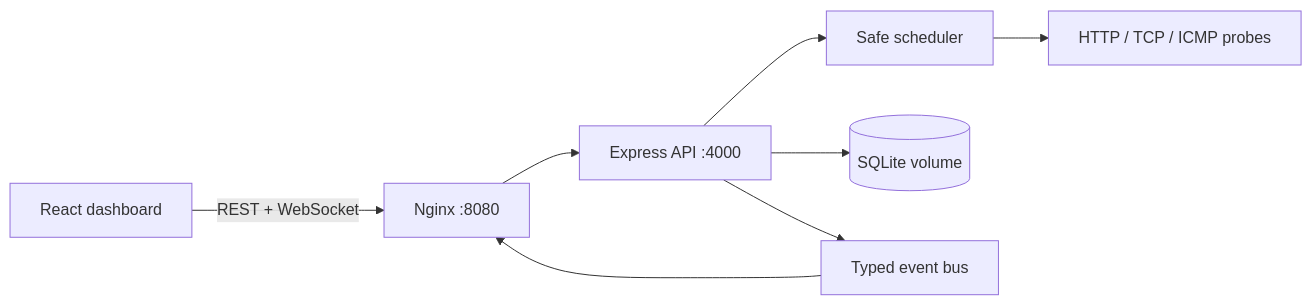
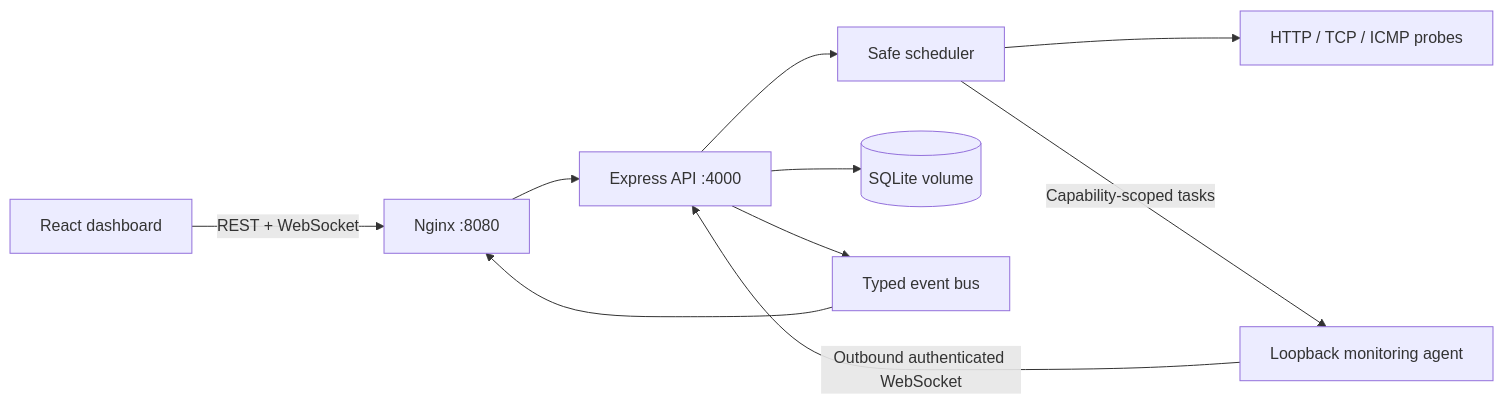
Before and after one commit to nonoleekr/NetPulse: the diagram in README.md, drawn with Mermaid. The commit also changed other lines of this file and 34 other files, not shown here.

Commit message:
feat: add secure loopback monitoring agents

````diff
--- a/README.md
+++ b/README.md
@@ -170,10 +178,12 @@
 ```mermaid
 flowchart LR
   Browser[React dashboard] -->|REST + WebSocket| Gateway[Nginx :8080]
   Gateway --> API[Express API :4000]
   API --> Scheduler[Safe scheduler]
   Scheduler --> Probes[HTTP / TCP / ICMP probes]
   API --> DB[(SQLite volume)]
   API --> Events[Typed event bus]
   Events --> Gateway
+  Agent[Loopback monitoring agent] -->|Outbound authenticated WebSocket| API
+  Scheduler -->|Capability-scoped tasks| Agent
 ```
````
